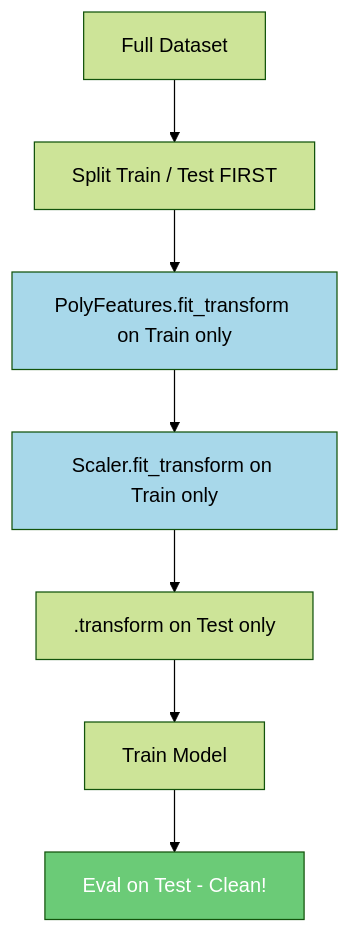
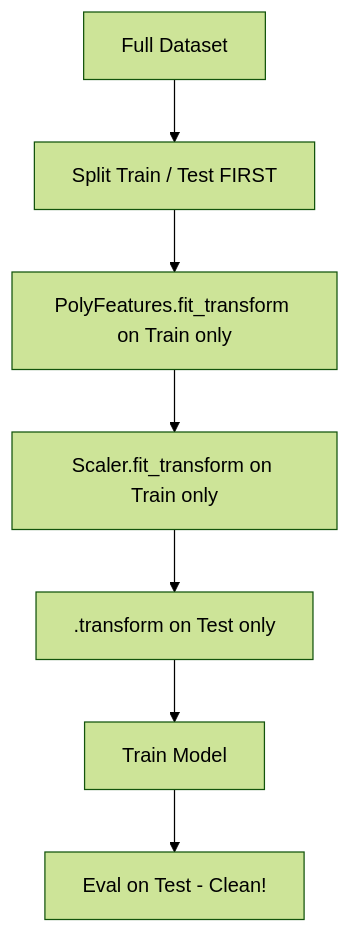
One commit to joamonf/pytorch changed the third of 8 diagrams in 103 Scikit Data Leakage, Pipe,degree, corr.md. Above: the diagram before and after it, drawn with Mermaid (forest theme). The commit also changed other lines of this file, not shown here.

Commit message:
Update 103 Scikit Data Leakage, Pipe,degree, corr.md

````diff
--- a/103 Scikit Data Leakage, Pipe,degree, corr.md
+++ b/103 Scikit Data Leakage, Pipe,degree, corr.md
@@ -123,13 +121,11 @@
 ```mermaid
 flowchart TD
     A2[Full Dataset]
     A2 --> B2[Split Train / Test FIRST]
     B2 --> C2["PolyFeatures.fit_transform on Train only"]
     C2 --> D2["Scaler.fit_transform on Train only"]
     D2 --> E2[".transform on Test only"]
     E2 --> F2[Train Model]
     F2 --> G2["Eval on Test - Clean!"]
-    style G2 fill:#6bcb77,color:#fff
-    style C2 fill:#a8d8ea
-    style D2 fill:#a8d8ea
+    
 ```
````
